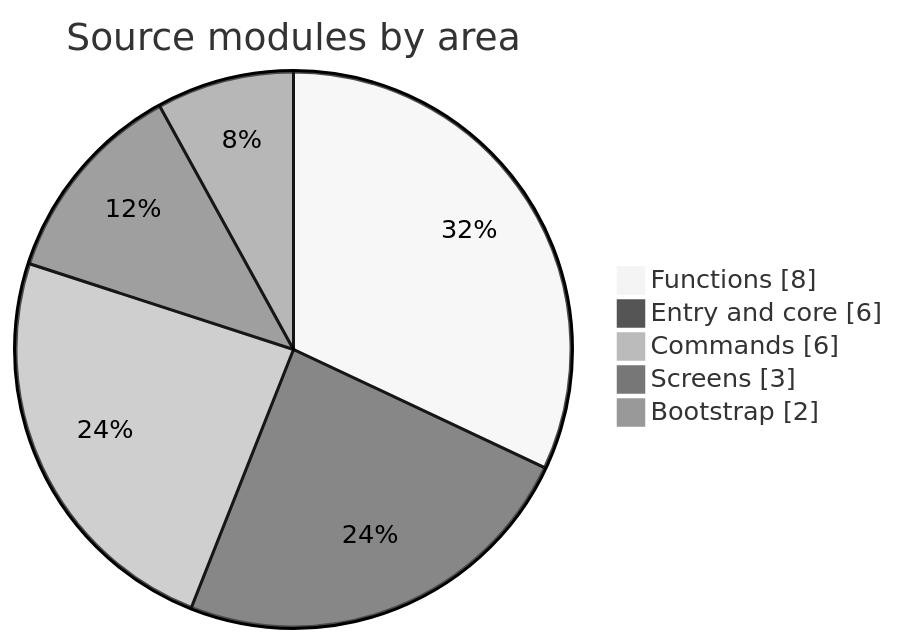
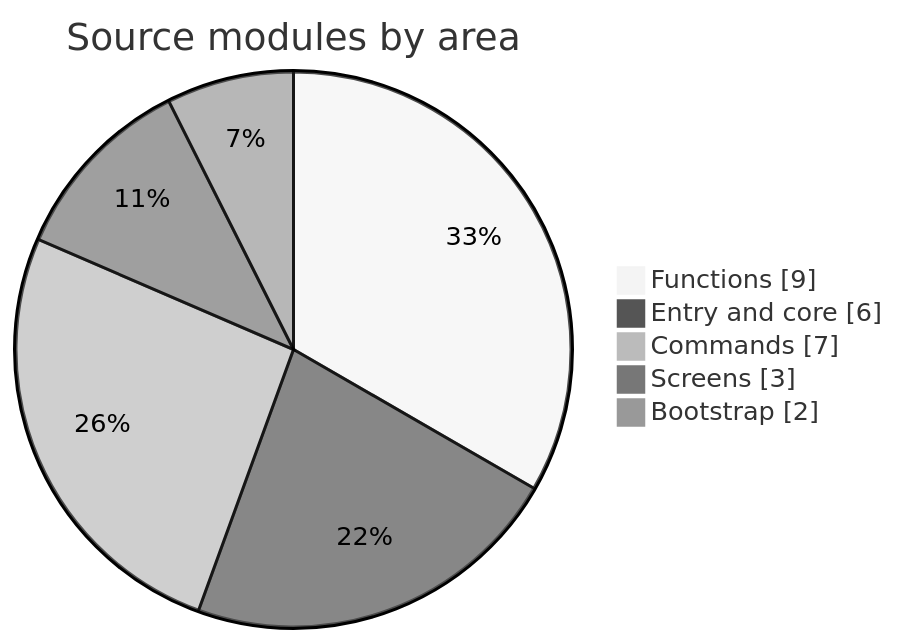
The third of 3 diagrams in docs/architecture.md (Armoghans-Organization/Omarchy-Tweaker), drawn with Mermaid (neutral theme) before and after one commit. The commit also changed other lines of this file and 22 other files, not shown here.

````diff
--- a/docs/architecture.md
+++ b/docs/architecture.md
@@ -112,9 +116,9 @@
 ```mermaid
 pie showData
     title Source modules by area
-    "Functions" : 8
+    "Functions" : 9
     "Entry and core" : 6
-    "Commands" : 6
+    "Commands" : 7
     "Screens" : 3
     "Bootstrap" : 2
 ```
````
